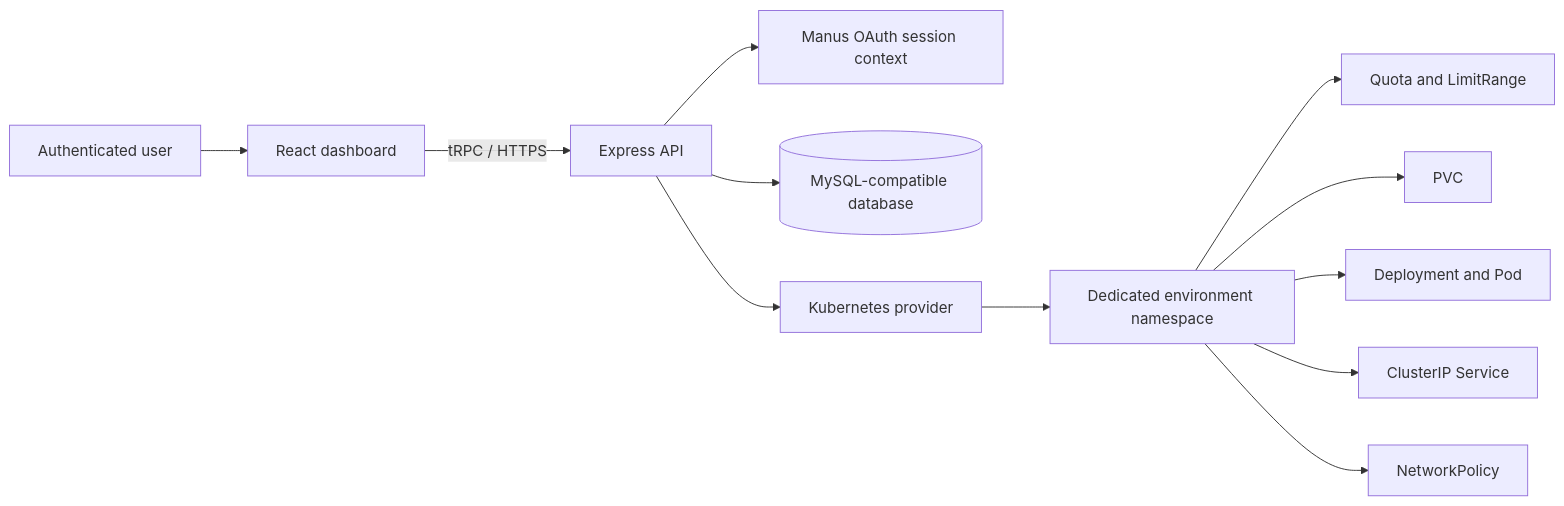
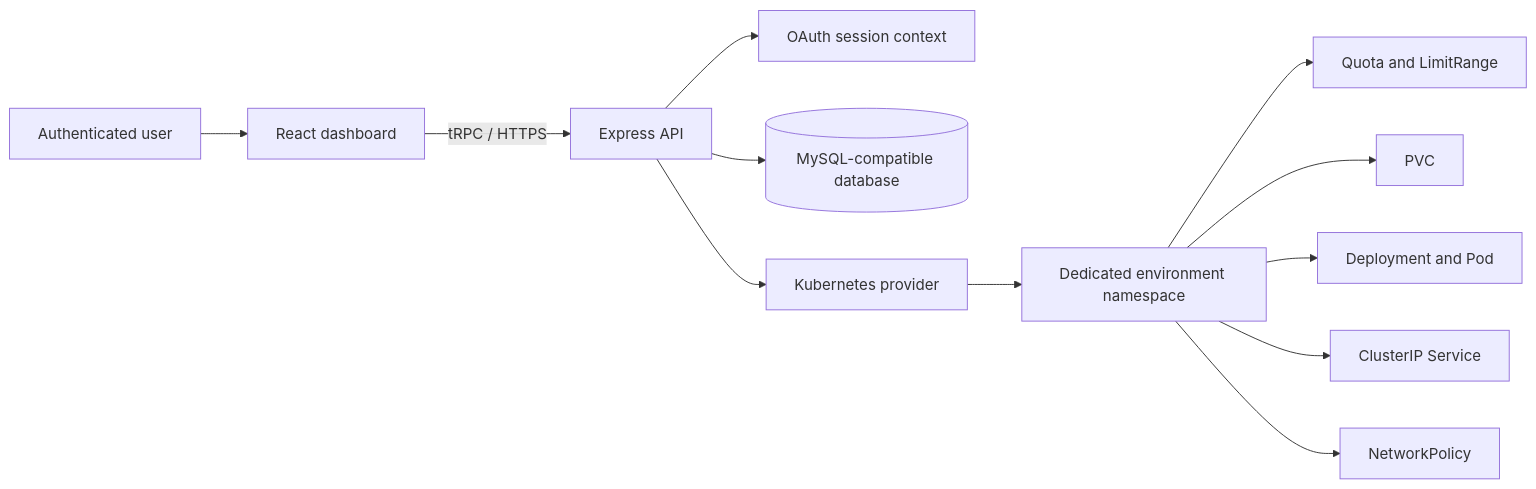
One commit to Aditya-Vardh/DevBoxCloud changed the first of 2 diagrams in ARCHITECTURE.md. Above: the diagram before and after it, drawn with Mermaid. The commit also changed other lines of this file and 66 other files, not shown here.

````diff
--- a/ARCHITECTURE.md
+++ b/ARCHITECTURE.md
@@ -5,14 +5,14 @@
 ```mermaid
 flowchart LR
   U[Authenticated user] --> F[React dashboard]
   F -->|tRPC / HTTPS| A[Express API]
-  A --> O[Manus OAuth session context]
+  A --> O[OAuth session context]
   A --> D[(MySQL-compatible database)]
   A --> K[Kubernetes provider]
   K --> N[Dedicated environment namespace]
   N --> Q[Quota and LimitRange]
   N --> P[PVC]
   N --> W[Deployment and Pod]
   N --> S[ClusterIP Service]
   N --> NP[NetworkPolicy]
 ```
````
